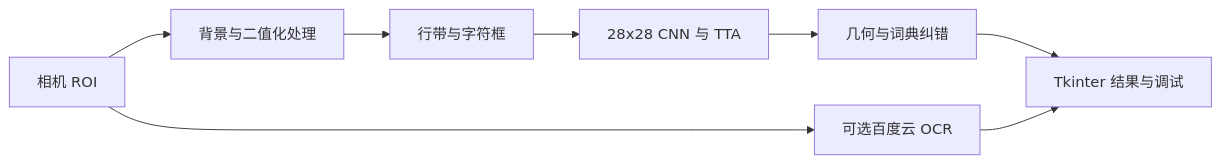
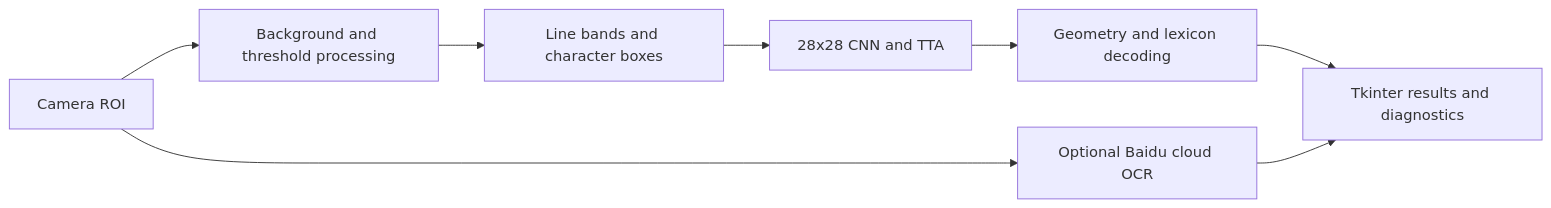
Before and after one commit to DongFengPo1412/Multi-class-Handwritten-Character-Recognition-System-Based-on-CNN: the diagram in README.md, drawn with Mermaid. The commit also changed other lines of this file and 3 other files, not shown here.

````diff
--- a/README.md
+++ b/README.md
@@ -13,10 +13,10 @@
 ```mermaid
 flowchart LR
-    Camera[相机 ROI] --> Pre[背景与二值化处理]
-    Pre --> Boxes[行带与字符框]
-    Boxes --> CNN[28x28 CNN 与 TTA]
-    CNN --> Decode[几何与词典纠错]
-    Decode --> UI[Tkinter 结果与调试]
-    Camera --> Cloud[可选百度云 OCR]
+    Camera[Camera ROI] --> Pre[Background and threshold processing]
+    Pre --> Boxes[Line bands and character boxes]
+    Boxes --> CNN[28x28 CNN and TTA]
+    CNN --> Decode[Geometry and lexicon decoding]
+    Decode --> UI[Tkinter results and diagnostics]
+    Camera --> Cloud[Optional Baidu cloud OCR]
     Cloud --> UI
 ```
````
